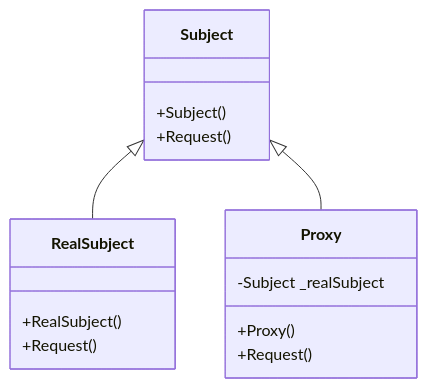
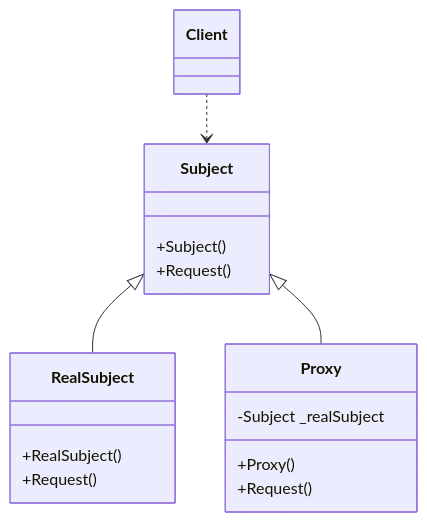
One commit to thunderstormwang/CodingNote changed the diagram in design_pattern/proxy.md. Above: the diagram before and after it, drawn with Mermaid. The commit also changed other lines of this file and 1 other file, not shown here.

````diff
--- a/design_pattern/proxy.md
+++ b/design_pattern/proxy.md
@@ -10,21 +11,23 @@
 ```mermaid
 classDiagram
+class Client
 class Subject {
     +Subject()
     +Request()
 }
 
 class RealSubject {
     +RealSubject()
     +Request()
 }
 
 class Proxy {
     -Subject _realSubject
     +Proxy()
     +Request()
 }
 
+Client ..> Subject
 Subject <|-- RealSubject
 Subject <|-- Proxy
 ```
````
